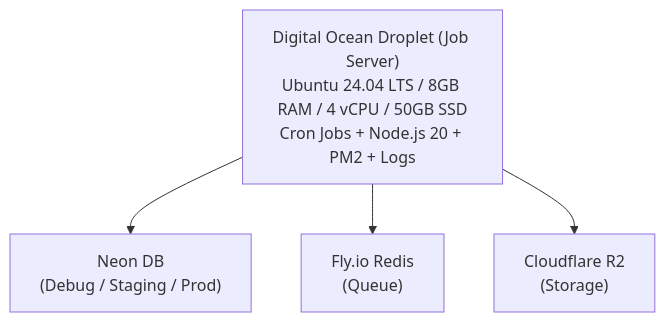
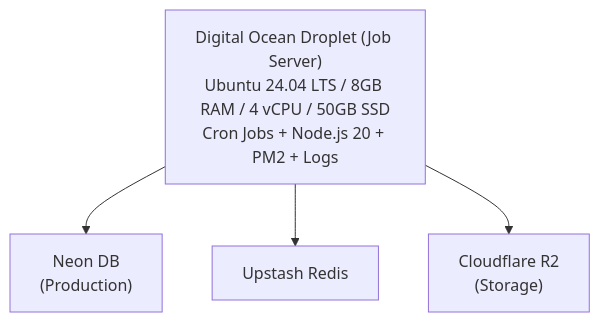
One commit to readmigo/docs changed the diagram in 05-operations/deployment/services/automation-server-setup.md. Above: the diagram before and after it, drawn with Mermaid. The commit also changed other lines of this file and 60 other files, not shown here.

````diff
--- a/05-operations/deployment/services/automation-server-setup.md
+++ b/05-operations/deployment/services/automation-server-setup.md
@@ -115,6 +22,6 @@
 ```mermaid
 graph TD
-    A["Digital Ocean Droplet (Job Server)<br>Ubuntu 24.04 LTS / 8GB RAM / 4 vCPU / 50GB SSD<br>Cron Jobs + Node.js 20 + PM2 + Logs"] --> B["Neon DB<br>(Debug / Staging / Prod)"]
-    A --> C["Fly.io Redis<br>(Queue)"]
+    A["Digital Ocean Droplet (Job Server)<br>Ubuntu 24.04 LTS / 8GB RAM / 4 vCPU / 50GB SSD<br>Cron Jobs + Node.js 20 + PM2 + Logs"] --> B["Neon DB<br>(Production)"]
+    A --> C["Upstash Redis"]
     A --> D["Cloudflare R2<br>(Storage)"]
 ```
````
